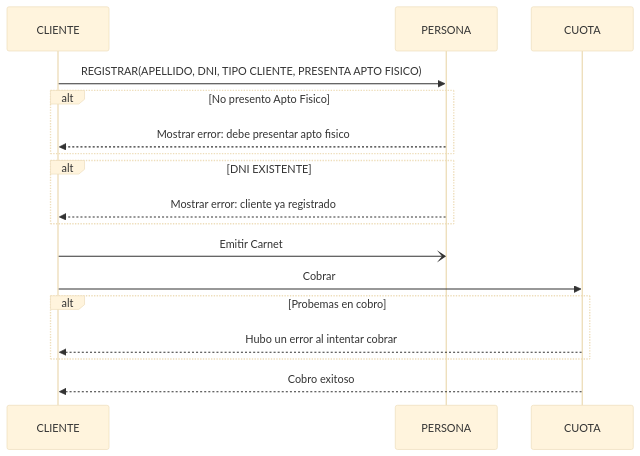
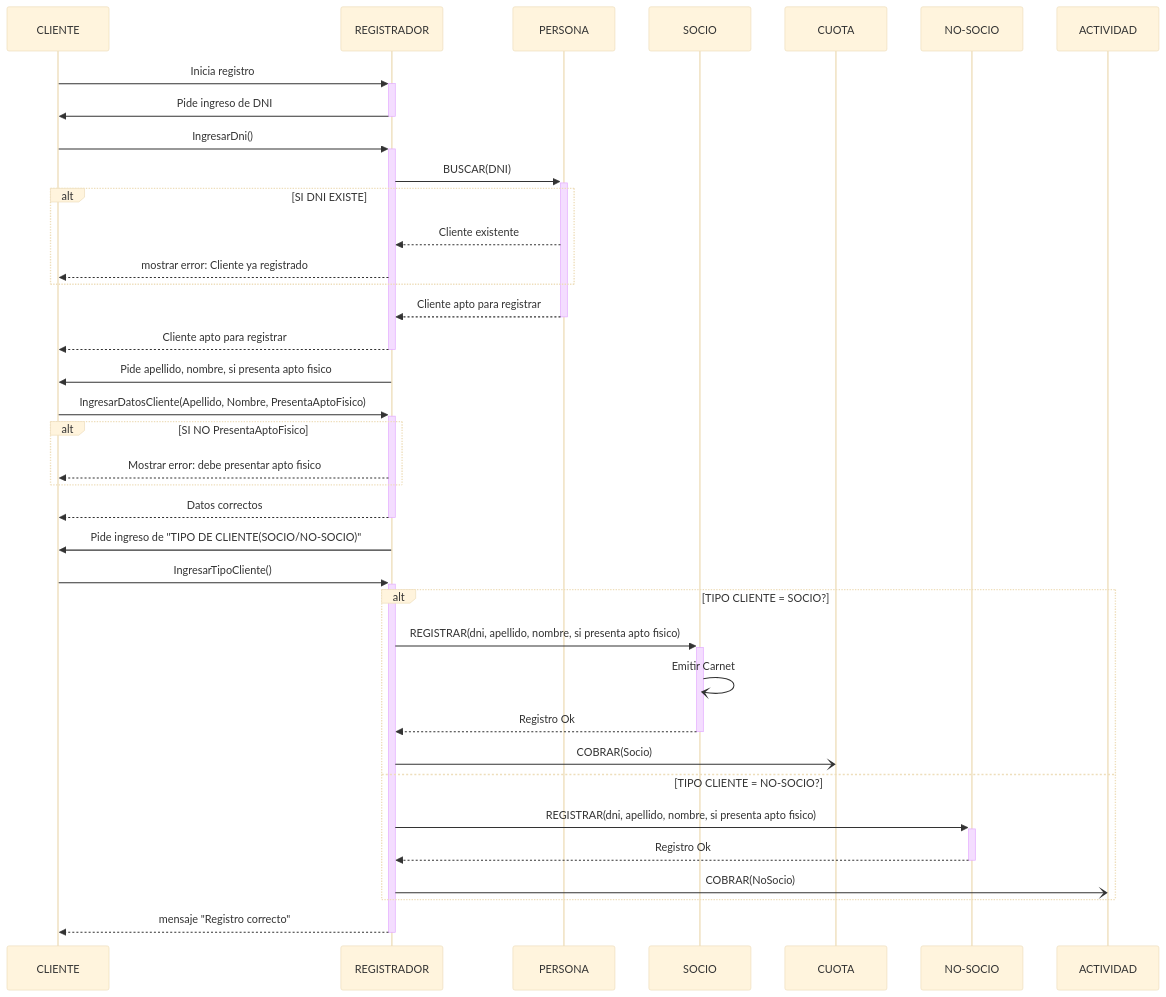
Before and after one commit to itfs29/2024-modelado: the second of 2 diagrams in tpi/tp-integradoc.adoc, drawn with Mermaid (base theme). The commit also changed other lines of this file and 2 other files, not shown here.

Commit message:
diag sec arreglos

```diff
--- a/tpi/tp-integradoc.adoc
+++ b/tpi/tp-integradoc.adoc
@@ -112,19 +122,34 @@
 [mermaid, target=k503774163, svg]
 ....
 sequenceDiagram
 
-    CLIENTE->>PERSONA: REGISTRAR(APELLIDO, DNI, TIPO CLIENTE, PRESENTA APTO FISICO)
-    alt No presento Apto Fisico 
-        PERSONA-->>CLIENTE: Mostrar error: debe presentar apto fisico
+    CLIENTE->>+REGISTRADOR: Inicia registro
+    REGISTRADOR->>-CLIENTE: Pide ingreso de DNI
+    CLIENTE->>+REGISTRADOR: IngresarDni()
+    REGISTRADOR->>+PERSONA: BUSCAR(DNI)
+    alt SI DNI EXISTE
+        PERSONA-->>REGISTRADOR: Cliente existente
+        REGISTRADOR-->>CLIENTE: mostrar error: Cliente ya registrado
     end
-    alt DNI EXISTENTE
-        PERSONA-->>CLIENTE: Mostrar error: cliente ya registrado
+    PERSONA-->>-REGISTRADOR: Cliente apto para registrar
+    REGISTRADOR-->>-CLIENTE: Cliente apto para registrar
+    REGISTRADOR->>CLIENTE: Pide apellido, nombre, si presenta apto fisico
+    CLIENTE->>+REGISTRADOR:  IngresarDatosCliente(Apellido, Nombre, PresentaAptoFisico)
+    alt SI NO PresentaAptoFisico
+        REGISTRADOR-->>CLIENTE: Mostrar error: debe presentar apto fisico
     end
-    CLIENTE-)PERSONA: Emitir Carnet
-    CLIENTE->>CUOTA: Cobrar
-    alt Probemas en cobro
-        CUOTA-->>CLIENTE: Hubo un error al intentar cobrar
+    REGISTRADOR-->>-CLIENTE: Datos correctos
+    REGISTRADOR->>CLIENTE: Pide ingreso de "TIPO DE CLIENTE(SOCIO/NO-SOCIO)"
+    CLIENTE->>+REGISTRADOR: IngresarTipoCliente()
+    alt TIPO CLIENTE = SOCIO?
+        REGISTRADOR->>+SOCIO: REGISTRAR(dni, apellido, nombre, si presenta apto fisico)
+        SOCIO-)SOCIO: Emitir Carnet
+        SOCIO-->>-REGISTRADOR: Registro Ok
+        REGISTRADOR-)CUOTA: COBRAR(Socio)
+    else TIPO CLIENTE = NO-SOCIO?
+        REGISTRADOR->>+NO-SOCIO: REGISTRAR(dni, apellido, nombre, si presenta apto fisico)
+        NO-SOCIO-->>-REGISTRADOR: Registro Ok
+        REGISTRADOR-)ACTIVIDAD: COBRAR(NoSocio)
     end
-    CUOTA-->>CLIENTE: Cobro exitoso
-
+    REGISTRADOR-->>-CLIENTE: mensaje "Registro correcto"
 ....
```
